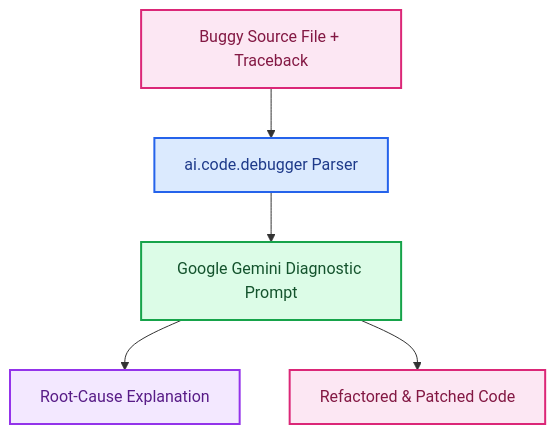
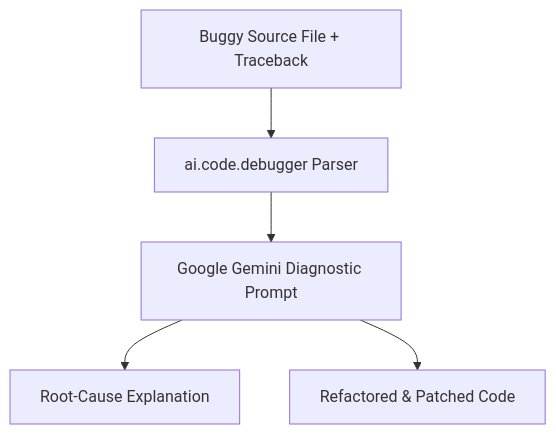
The diagram in README.md (RobinaMirbahar/ai.code.debugger), drawn with Mermaid before and after one commit.

Commit message:
docs: revert Mermaid color overrides for crisp native GitHub rendering and consolidate header

````diff
--- a/README.md
+++ b/README.md
@@ -23,12 +23,7 @@
 ```mermaid
 flowchart TD
     A["Buggy Source File + Traceback"] --> B["ai.code.debugger Parser"]
     B --> C["Google Gemini Diagnostic Prompt"]
     C --> D["Root-Cause Explanation"]
     C --> E["Refactored & Patched Code"]
-    style A fill:#fce7f3,stroke:#db2777,stroke-width:2px,color:#831843
-    style B fill:#dbeafe,stroke:#2563eb,stroke-width:2px,color:#1e3a8a
-    style C fill:#dcfce7,stroke:#16a34a,stroke-width:2px,color:#14532d
-    style D fill:#f3e8ff,stroke:#9333ea,stroke-width:2px,color:#581c87
-    style E fill:#fce7f3,stroke:#db2777,stroke-width:2px,color:#831843
 ```
````
